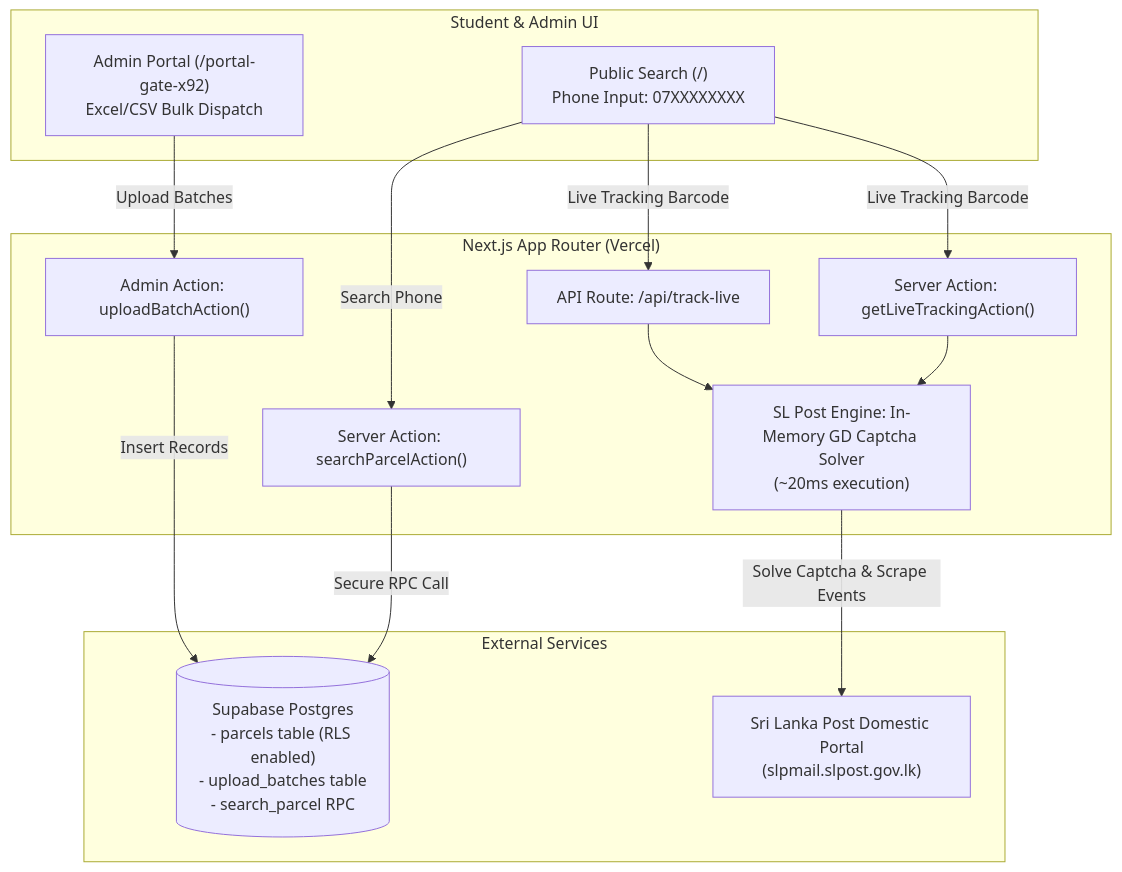
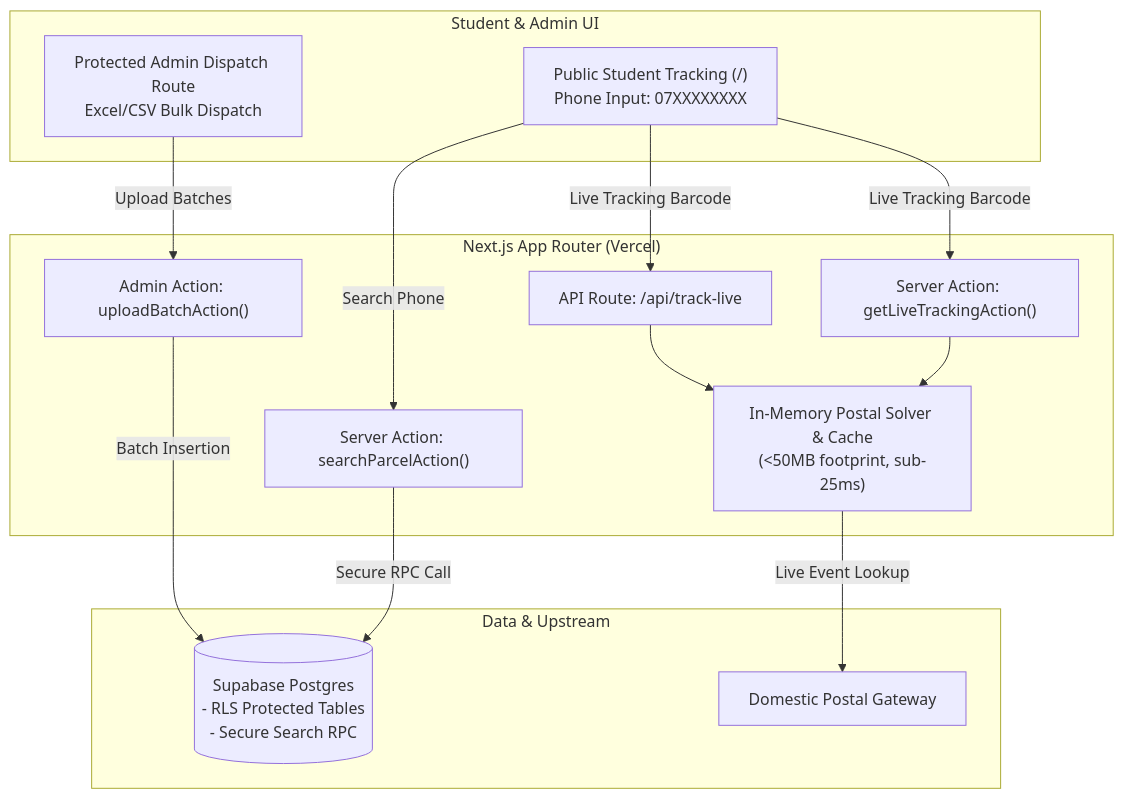
Before and after one commit to manuthlochana/Tutes-Delivery-Tracking-System: the diagram in README.md, drawn with Mermaid. The commit also changed other lines of this file and 2 other files, not shown here.

Commit message:
security: sanitize environment variables and protect hidden admin paths in documentation

````diff
--- a/README.md
+++ b/README.md
@@ -90,30 +43,30 @@
 ```mermaid
 flowchart TD
     subgraph Client ["Student & Admin UI"]
-        A["Public Search (/)\nPhone Input: 07XXXXXXXX"]
-        B["Admin Portal (/portal-gate-x92)\nExcel/CSV Bulk Dispatch"]
+        A["Public Student Tracking (/)\nPhone Input: 07XXXXXXXX"]
+        B["Protected Admin Dispatch Route\nExcel/CSV Bulk Dispatch"]
     end
 
     subgraph NextServer ["Next.js App Router (Vercel)"]
         C["Server Action: searchParcelAction()"]
         D["Server Action: getLiveTrackingAction()"]
         E["API Route: /api/track-live"]
-        F["SL Post Engine: In-Memory GD Captcha Solver\n(~20ms execution)"]
+        F["In-Memory Postal Solver & Cache\n(<50MB footprint, sub-25ms)"]
         G["Admin Action: uploadBatchAction()"]
     end
 
-    subgraph External ["External Services"]
-        H[("Supabase Postgres\n- parcels table (RLS enabled)\n- upload_batches table\n- search_parcel RPC")]
-        I["Sri Lanka Post Domestic Portal\n(slpmail.slpost.gov.lk)"]
+    subgraph External ["Data & Upstream"]
+        H[("Supabase Postgres\n- RLS Protected Tables\n- Secure Search RPC")]
+        I["Domestic Postal Gateway"]
     end
 
     A -->|Search Phone| C
     C -->|Secure RPC Call| H
     A -->|Live Tracking Barcode| D
     A -->|Live Tracking Barcode| E
     D --> F
     E --> F
-    F -->|Solve Captcha & Scrape Events| I
+    F -->|Live Event Lookup| I
     B -->|Upload Batches| G
-    G -->|Insert Records| H
+    G -->|Batch Insertion| H
 ```
````
